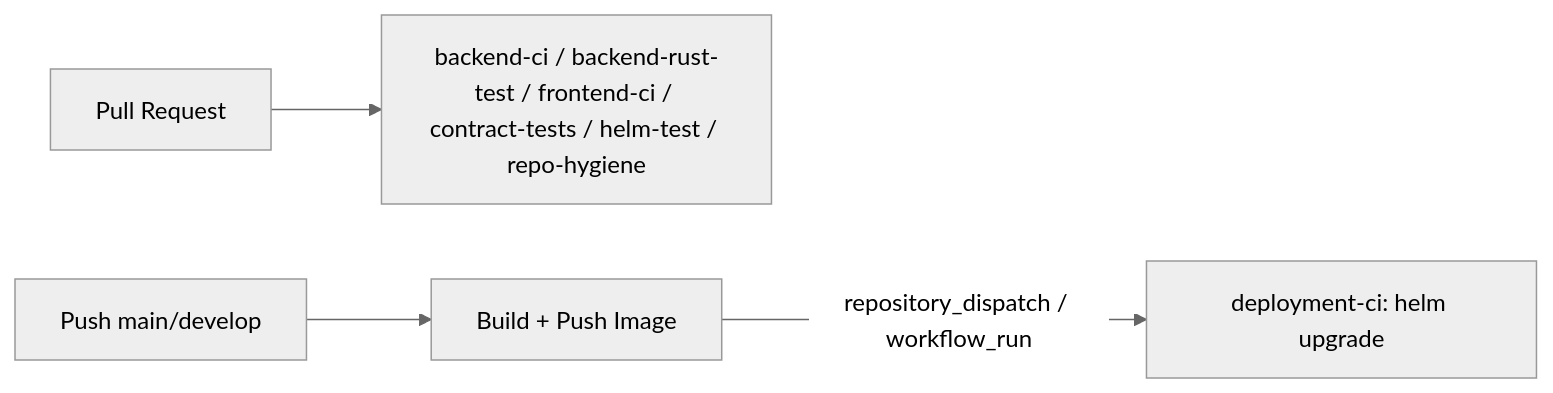
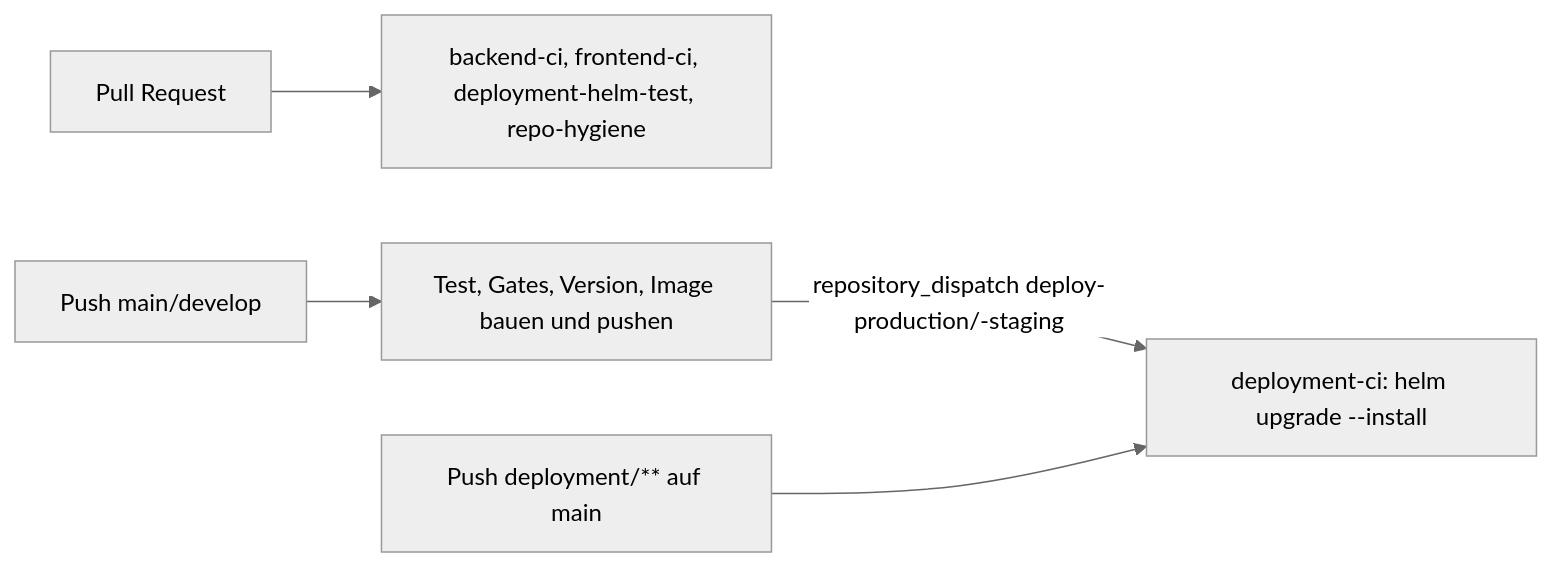
Before and after one commit to Silverminer007/chronos-root: the diagram in docs/arc42/07-verteilung/VT-004-ci-cd-kette.md, drawn with Mermaid (neutral theme). The commit also changed other lines of this file and 561 other files, not shown here.

````diff
--- a/docs/arc42/07-verteilung/VT-004-ci-cd-kette.md
+++ b/docs/arc42/07-verteilung/VT-004-ci-cd-kette.md
@@ -14,6 +17,7 @@
 ```mermaid
 flowchart LR
-  PR[Pull Request] --> CI[backend-ci / backend-rust-test / frontend-ci / contract-tests / helm-test / repo-hygiene]
-  M[Push main/develop] --> B[Build + Push Image]
-  B -->|repository_dispatch / workflow_run| D[deployment-ci: helm upgrade]
+  PR[Pull Request] --> CI[backend-ci, frontend-ci, deployment-helm-test, repo-hygiene]
+  M[Push main/develop] --> B[Test, Gates, Version, Image bauen und pushen]
+  B -->|repository_dispatch deploy-production/-staging| D[deployment-ci: helm upgrade --install]
+  DM[Push deployment/** auf main] --> D
 ```
````
